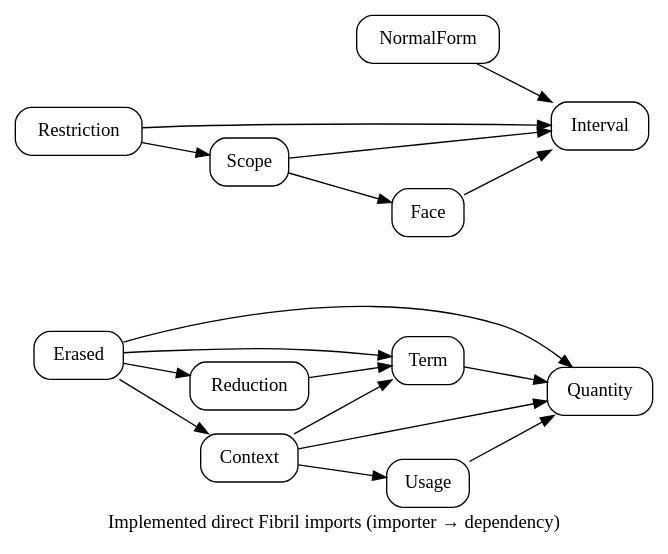
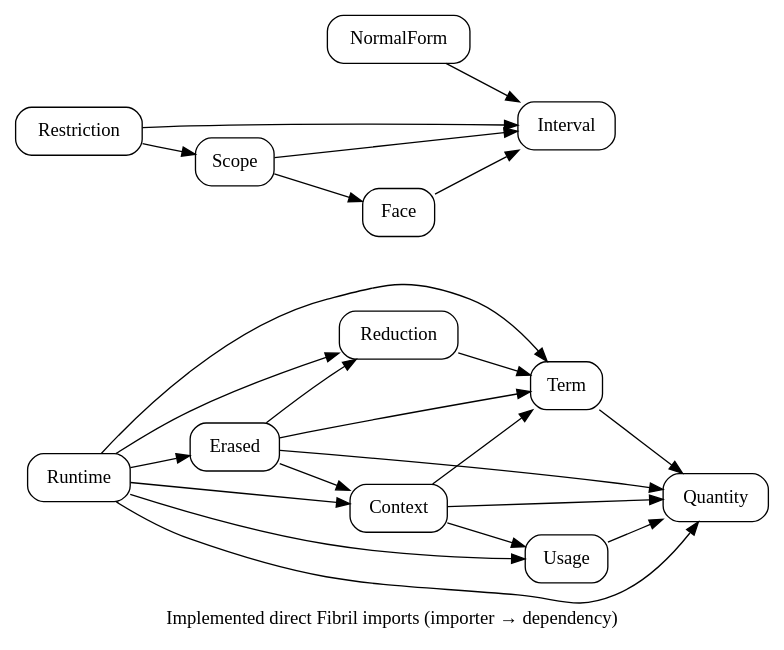
Before and after one commit to odunboye/fibril: the diagram in docs/diagrams/modules.dot, drawn with Graphviz. The commit also changed 18 other files, not shown here.

Commit message:
Add experimental ordinary runtime usage checking and resource regressions

```diff
--- a/docs/diagrams/modules.dot
+++ b/docs/diagrams/modules.dot
@@ -1,10 +1,11 @@
 digraph Modules {
 rankdir=LR; node [shape=box,style=rounded];
 Quantity; Interval; NormalForm; Face; Scope; Restriction; Term;
 NormalForm -> Interval; Face -> Interval;
 Scope -> {Interval Face}; Restriction -> {Interval Scope};
 Term -> Quantity; Usage -> Quantity; Context -> {Quantity Term Usage};
 Reduction -> Term;
 Erased -> {Quantity Term Context Reduction};
+Runtime -> {Quantity Term Context Usage Reduction Erased};
 label="Implemented direct Fibril imports (importer → dependency)";
 }
```
